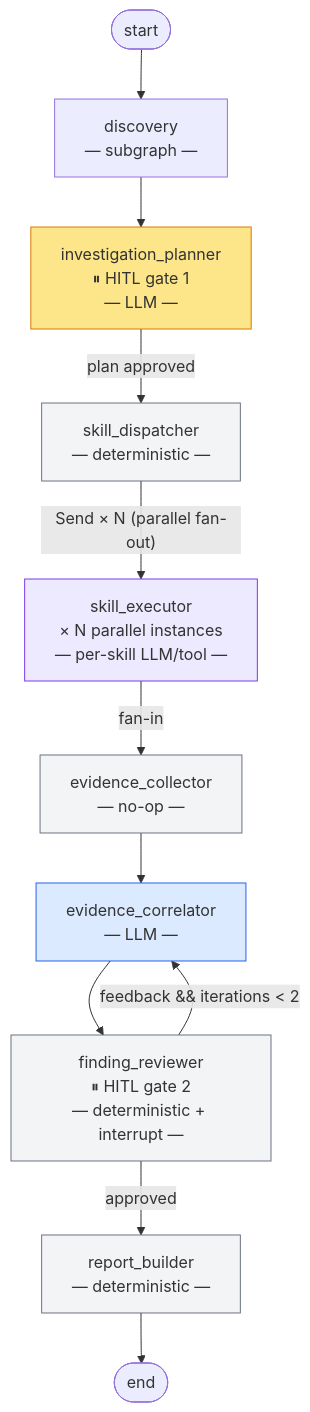
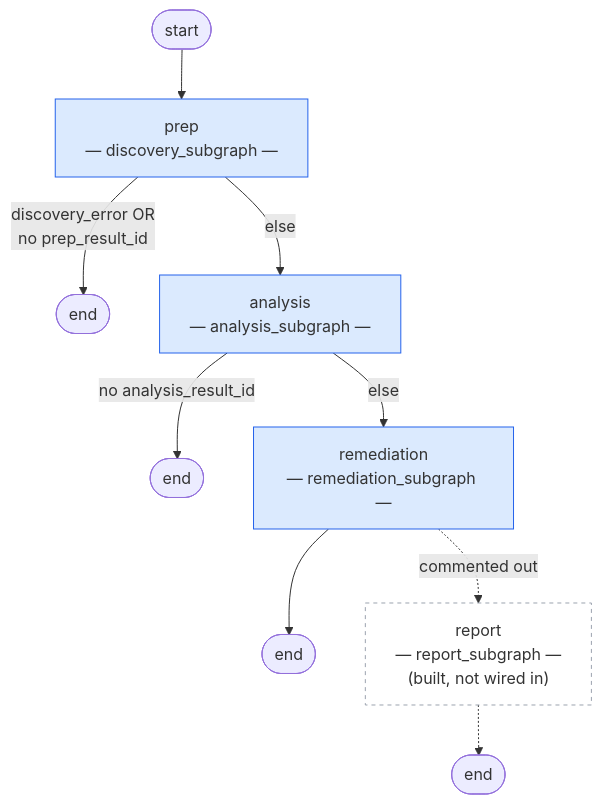
One commit to alaain04/misi-agentic-langgraph changed the first of 4 diagrams in apps/backend/docs/graphs.md. Above: the diagram before and after it, drawn with Mermaid. The commit also changed other lines of this file and 64 other files, not shown here.

First line of the commit message:
docs: add implementation plan for remediation release-research agent

````diff
--- a/apps/backend/docs/graphs.md
+++ b/apps/backend/docs/graphs.md
@@ -11,39 +11,25 @@
 ```mermaid
 flowchart TD
-    START([start]) --> discovery
+    START([start]) --> prep
 
-    discovery["discovery\n― subgraph ―"]
-    discovery --> investigation_planner
+    prep["prep\n― discovery_subgraph ―"]
+    prep -->|"discovery_error OR\nno prep_result_id"| END1([end])
+    prep -->|else| analysis
 
-    investigation_planner["investigation_planner\n⏸ HITL gate 1\n― LLM ―"]
-    investigation_planner -->|plan approved| skill_dispatcher
+    analysis["analysis\n― analysis_subgraph ―"]
+    analysis -->|"no analysis_result_id"| END2([end])
+    analysis -->|else| remediation
 
-    skill_dispatcher["skill_dispatcher\n― deterministic ―"]
-    skill_dispatcher -->|"Send × N (parallel fan-out)"| skill_executor
+    remediation["remediation\n― remediation_subgraph ―"]
+    remediation --> END3([end])
 
-    skill_executor["skill_executor\n× N parallel instances\n― per-skill LLM/tool ―"]
-    skill_executor -->|fan-in| evidence_collector
+    report["report\n― report_subgraph ―\n(built, not wired in)"]
+    remediation -.->|"commented out"| report
+    report -.-> END4([end])
 
-    evidence_collector["evidence_collector\n― no-op ―"]
-    evidence_collector --> evidence_correlator
+    classDef sub fill:#dbeafe,stroke:#2563eb
+    classDef disabled fill:transparent,stroke:#9ca3af,stroke-dasharray:4 4
 
-    evidence_correlator["evidence_correlator\n― LLM ―"]
-    evidence_correlator --> finding_reviewer
-
-    finding_reviewer["finding_reviewer\n⏸ HITL gate 2\n― deterministic + interrupt ―"]
-    finding_reviewer -->|"feedback && iterations < 2"| evidence_correlator
-    finding_reviewer -->|approved| report_builder
-
-    report_builder["report_builder\n― deterministic ―"]
-    report_builder --> END([end])
-
-    classDef hitl fill:#fde68a,stroke:#d97706
-    classDef llm fill:#dbeafe,stroke:#2563eb
-    classDef det fill:#f3f4f6,stroke:#6b7280
-    classDef fanout fill:#ede9fe,stroke:#7c3aed
-
-    class investigation_planner hitl
-    class evidence_correlator llm
-    class skill_executor fanout
-    class skill_dispatcher,evidence_collector,finding_reviewer,report_builder det
+    class prep,analysis,remediation sub
+    class report disabled
 ```
````
